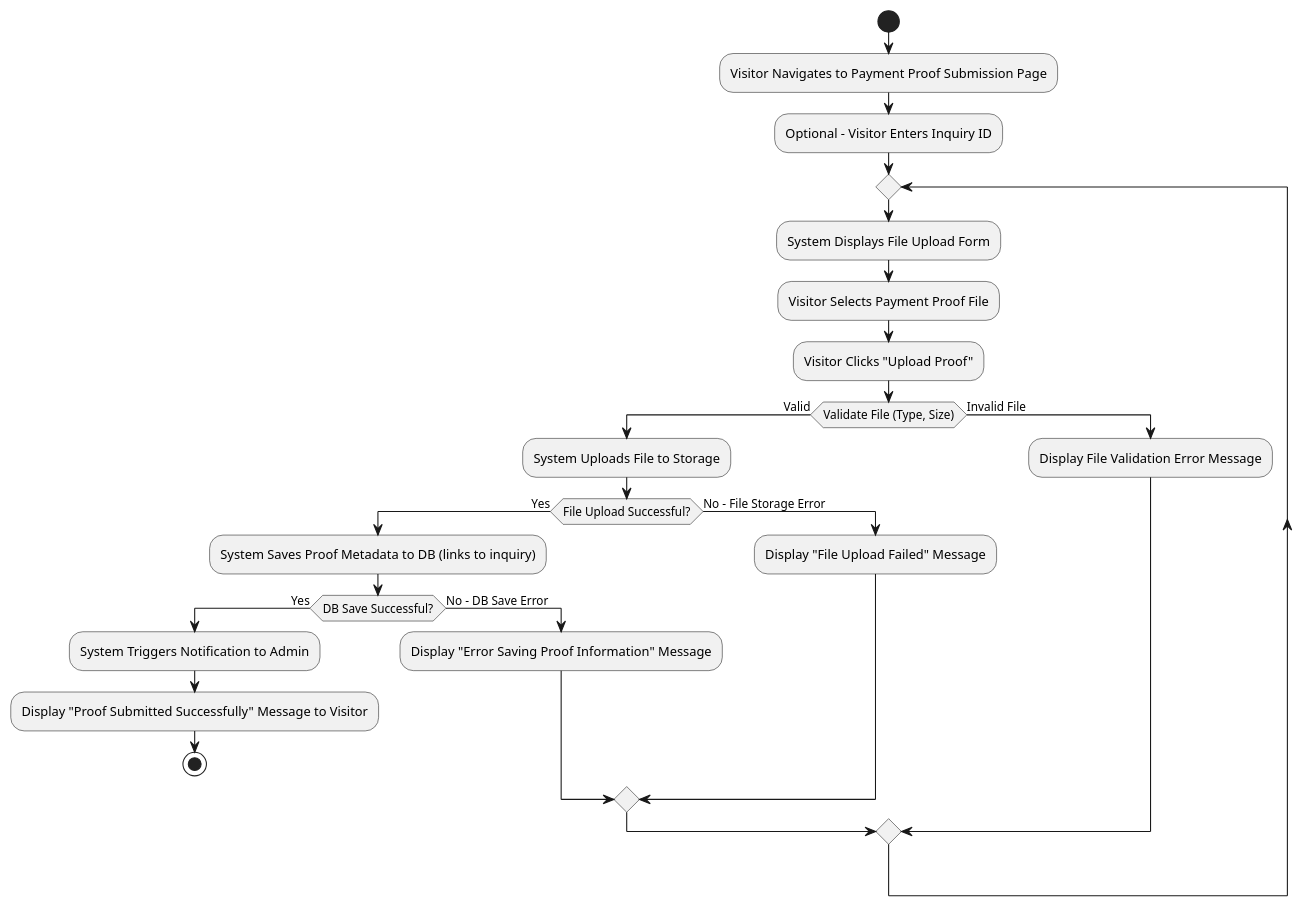
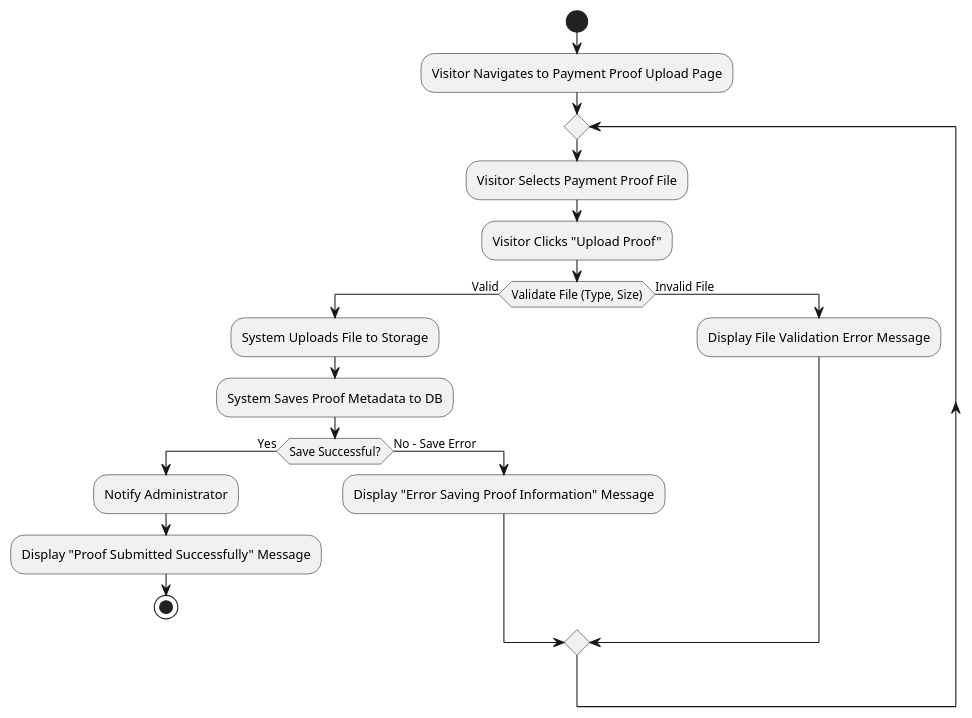
Diagram 23 of 34 in Academic fluff (temp)/appendix: SRS.md (7azmi/Al-Muneer-Portal), drawn with PlantUML before and after one commit. The commit also changed other lines of this file, not shown here.

````diff
--- a/Academic fluff (temp)/appendix: SRS.md
+++ b/Academic fluff (temp)/appendix: SRS.md
@@ -1056,29 +1074,23 @@
 ```plantuml
 @startuml
 start
-:Visitor Navigates to Payment Proof Submission Page;
-:Optional - Visitor Enters Inquiry ID;
+:Visitor Navigates to Payment Proof Upload Page;
 repeat
-  :System Displays File Upload Form;
   :Visitor Selects Payment Proof File;
   :Visitor Clicks "Upload Proof";
   if (Validate File (Type, Size)) then (Valid)
     :System Uploads File to Storage;
-    if (File Upload Successful?) then (Yes)
-      :System Saves Proof Metadata to DB (links to inquiry);
-      if (DB Save Successful?) then (Yes)
-        :System Triggers Notification to Admin;
-        :Display "Proof Submitted Successfully" Message to Visitor;
-        stop
-      else (No - DB Save Error)
-        :Display "Error Saving Proof Information" Message;
-      endif
-    else (No - File Storage Error)
-      :Display "File Upload Failed" Message;
+    :System Saves Proof Metadata to DB;
+    if (Save Successful?) then (Yes)
+      :Notify Administrator;
+      :Display "Proof Submitted Successfully" Message;
+      stop
+    else (No - Save Error)
+      :Display "Error Saving Proof Information" Message;
     endif
   else (Invalid File)
     :Display File Validation Error Message;
   endif
 repeat while
 @enduml
 ```
````
